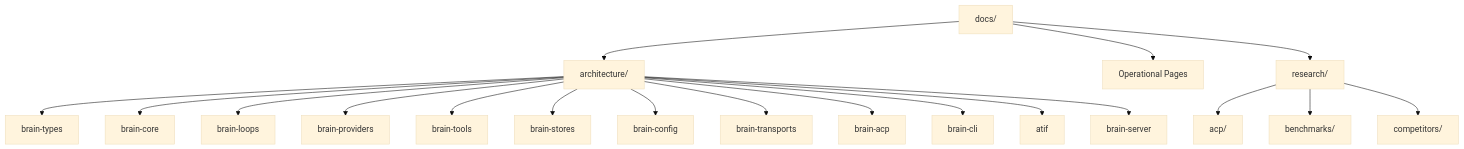
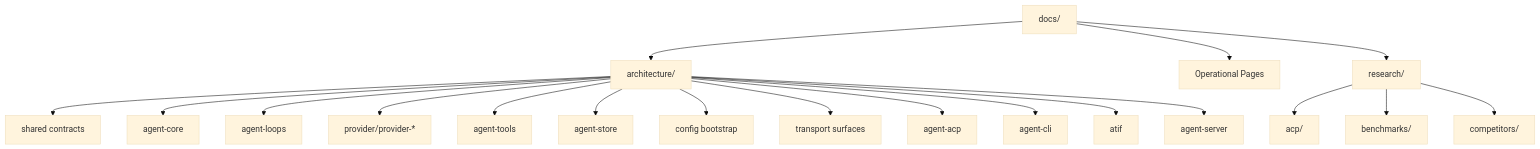
Before and after one commit to leto-labs/leto: the diagram in docs/README.md, drawn with Mermaid (base theme). The commit also changed 225 other files, not shown here.

Commit message:
refactor live agent stack and stabilize ACP workflows

````diff
--- a/docs/README.md
+++ b/docs/README.md
@@ -30,23 +30,23 @@
 ```mermaid
 flowchart TD
     Docs[docs/] --> Arch[architecture/]
     Docs --> Ops[Operational Pages]
     Docs --> Research[research/]
 
-    Arch --> ATypes[brain-types]
-    Arch --> ACore[brain-core]
-    Arch --> ALoops[brain-loops]
-    Arch --> AProviders[brain-providers]
-    Arch --> ATools[brain-tools]
-    Arch --> AStores[brain-stores]
-    Arch --> AConfig[brain-config]
-    Arch --> ATransports[brain-transports]
-    Arch --> AAcp[brain-acp]
-    Arch --> ACli[brain-cli]
+    Arch --> ATypes[shared contracts]
+    Arch --> ACore[agent-core]
+    Arch --> ALoops[agent-loops]
+    Arch --> AProviders[provider/provider-*]
+    Arch --> ATools[agent-tools]
+    Arch --> AStores[agent-store]
+    Arch --> AConfig[config bootstrap]
+    Arch --> ATransports[transport surfaces]
+    Arch --> AAcp[agent-acp]
+    Arch --> ACli[agent-cli]
     Arch --> AAtif[atif]
-    Arch --> AServer[brain-server]
+    Arch --> AServer[agent-server]
 
     Research --> RACP[acp/]
     Research --> RBench[benchmarks/]
     Research --> RComp[competitors/]
 ```
````
